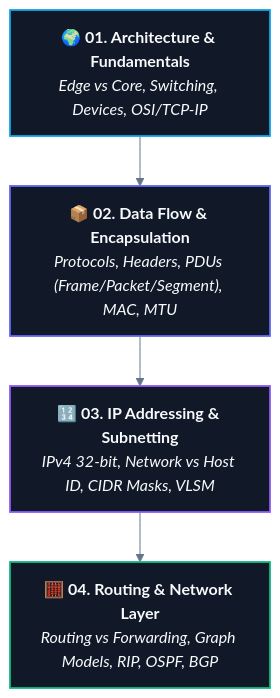
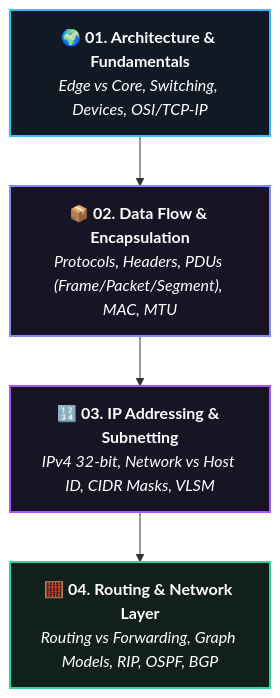
The diagram in CS/Computer Networking/00. Networking Nexus.md (abhinavbharti2345/CS_Notes), drawn with Mermaid before and after one commit. The commit also changed 91 other files, not shown here.

````diff
--- a/CS/Computer Networking/00. Networking Nexus.md
+++ b/CS/Computer Networking/00. Networking Nexus.md
@@ -20,20 +20,14 @@
 ```mermaid
-%%{init: {'theme': 'base', 'themeVariables': { 'darkMode': true, 'background': '#0B0F14', 'mainBkg': '#111827', 'primaryColor': '#111827', 'primaryTextColor': '#F8FAFC', 'primaryBorderColor': '#38BDF8', 'lineColor': '#64748B', 'secondaryColor': '#0B0F14', 'tertiaryColor': '#0B0F14', 'clusterBkg': '#0B0F14', 'clusterBorder': '#38BDF8' }}}%%
 flowchart TD
     S1["🌍 <b>01. Architecture & Fundamentals</b><br><i>Edge vs Core, Switching, Devices, OSI/TCP-IP</i>"]
     S2["📦 <b>02. Data Flow & Encapsulation</b><br><i>Protocols, Headers, PDUs (Frame/Packet/Segment), MAC, MTU</i>"]
     S3["🔢 <b>03. IP Addressing & Subnetting</b><br><i>IPv4 32-bit, Network vs Host ID, CIDR Masks, VLSM</i>"]
     S4["🧮 <b>04. Routing & Network Layer</b><br><i>Routing vs Forwarding, Graph Models, RIP, OSPF, BGP</i>"]
 
     S1 --> S2 --> S3 --> S4
 
-    classDef s1 fill:#111827,stroke:#0ea5e9,stroke-width:1.8px,color:#F8FAFC;
-    classDef s2 fill:#111827,stroke:#6366f1,stroke-width:1.8px,color:#F8FAFC;
-    classDef s3 fill:#111827,stroke:#8b5cf6,stroke-width:1.8px,color:#F8FAFC;
-    classDef s4 fill:#111827,stroke:#10b981,stroke-width:1.8px,color:#F8FAFC;
-
-    class S1 s1;
-    class S2 s2;
-    class S3 s3;
-    class S4 s4;
+    style S1 fill:#111A24,stroke:#38BDF8,stroke-width:2px,color:#FFFFFF
+    style S2 fill:#181426,stroke:#818CF8,stroke-width:2px,color:#FFFFFF
+    style S3 fill:#171424,stroke:#A855F7,stroke-width:2px,color:#FFFFFF
+    style S4 fill:#11201A,stroke:#34D399,stroke-width:2px,color:#FFFFFF
 ```
````
